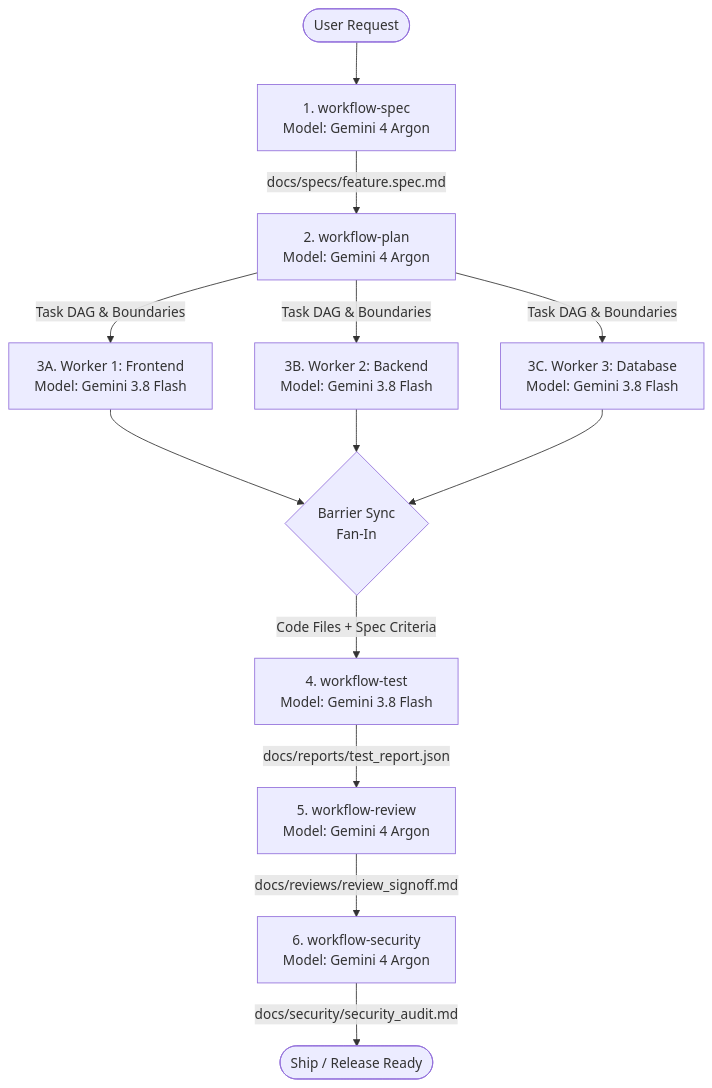
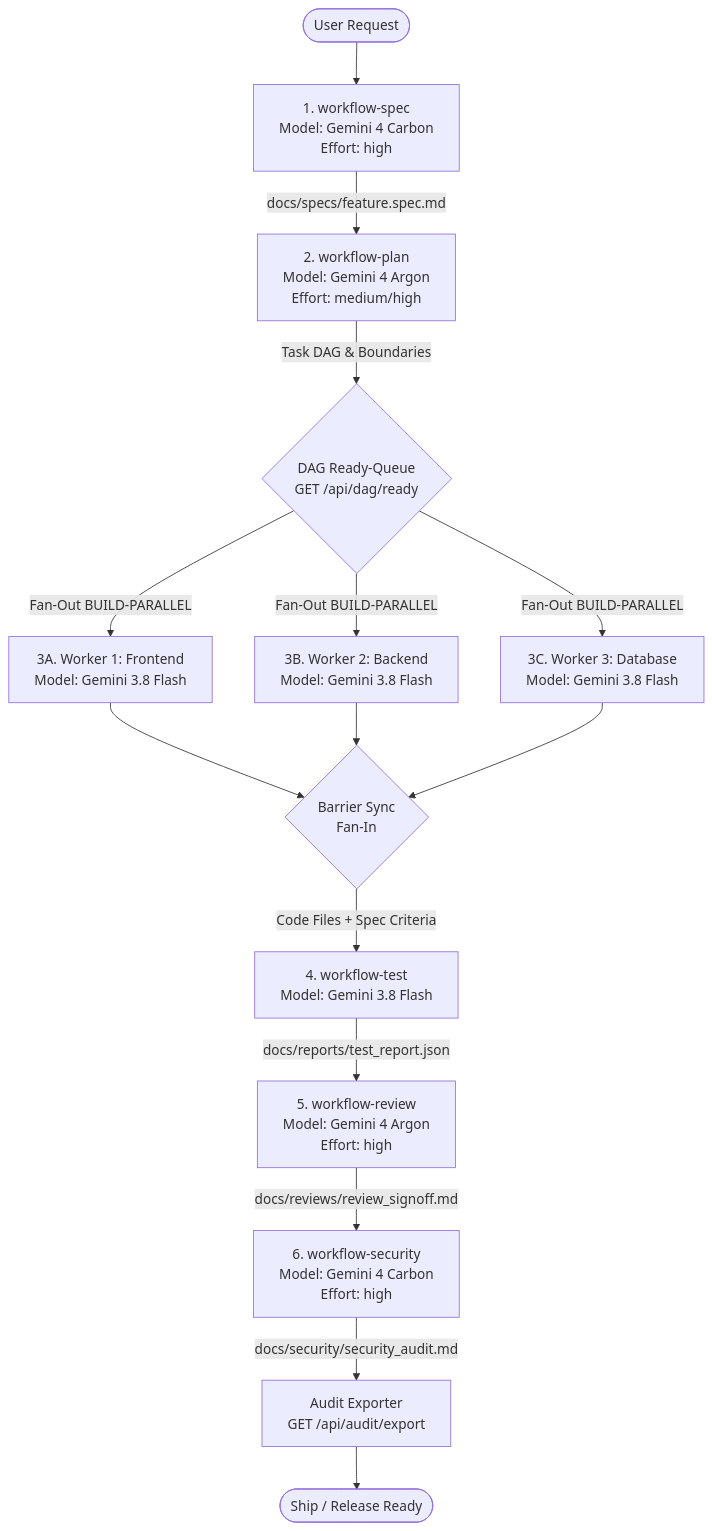
One commit to chien334/antigravity-orchestrator changed the diagram in packages/workflows/workflow-pipeline.md. Above: the diagram before and after it, drawn with Mermaid. The commit also changed other lines of this file and 8 other files, not shown here.

First line of the commit message:
feat(workflows): align agent workflows and skill with Gemini 4 Carbon tiering

````diff
--- a/packages/workflows/workflow-pipeline.md
+++ b/packages/workflows/workflow-pipeline.md
@@ -12,18 +12,20 @@
 ```mermaid
 flowchart TD
-    Start([User Request]) --> S1[1. workflow-spec\nModel: Gemini 4 Argon]
-    S1 -->|docs/specs/feature.spec.md| S2[2. workflow-plan\nModel: Gemini 4 Argon]
+    Start([User Request]) --> S1[1. workflow-spec\nModel: Gemini 4 Carbon\nEffort: high]
+    S1 -->|docs/specs/feature.spec.md| S2[2. workflow-plan\nModel: Gemini 4 Argon\nEffort: medium/high]
     
-    S2 -->|Task DAG & Boundaries| S3A[3A. Worker 1: Frontend\nModel: Gemini 3.8 Flash]
-    S2 -->|Task DAG & Boundaries| S3B[3B. Worker 2: Backend\nModel: Gemini 3.8 Flash]
-    S2 -->|Task DAG & Boundaries| S3C[3C. Worker 3: Database\nModel: Gemini 3.8 Flash]
+    S2 -->|Task DAG & Boundaries| S3Ready{DAG Ready-Queue\nGET /api/dag/ready}
+    S3Ready -->|Fan-Out BUILD-PARALLEL| S3A[3A. Worker 1: Frontend\nModel: Gemini 3.8 Flash]
+    S3Ready -->|Fan-Out BUILD-PARALLEL| S3B[3B. Worker 2: Backend\nModel: Gemini 3.8 Flash]
+    S3Ready -->|Fan-Out BUILD-PARALLEL| S3C[3C. Worker 3: Database\nModel: Gemini 3.8 Flash]
     
     S3A --> S3Sync{Barrier Sync\nFan-In}
     S3B --> S3Sync
     S3C --> S3Sync
     
     S3Sync -->|Code Files + Spec Criteria| S4[4. workflow-test\nModel: Gemini 3.8 Flash]
-    S4 -->|docs/reports/test_report.json| S5[5. workflow-review\nModel: Gemini 4 Argon]
-    S5 -->|docs/reviews/review_signoff.md| S6[6. workflow-security\nModel: Gemini 4 Argon]
-    S6 -->|docs/security/security_audit.md| Done([Ship / Release Ready])
+    S4 -->|docs/reports/test_report.json| S5[5. workflow-review\nModel: Gemini 4 Argon\nEffort: high]
+    S5 -->|docs/reviews/review_signoff.md| S6[6. workflow-security\nModel: Gemini 4 Carbon\nEffort: high]
+    S6 -->|docs/security/security_audit.md| Audit[Audit Exporter\nGET /api/audit/export]
+    Audit --> Done([Ship / Release Ready])
 ```
````
